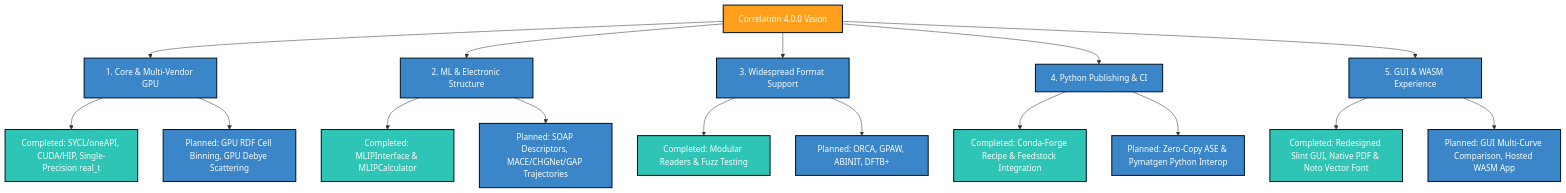
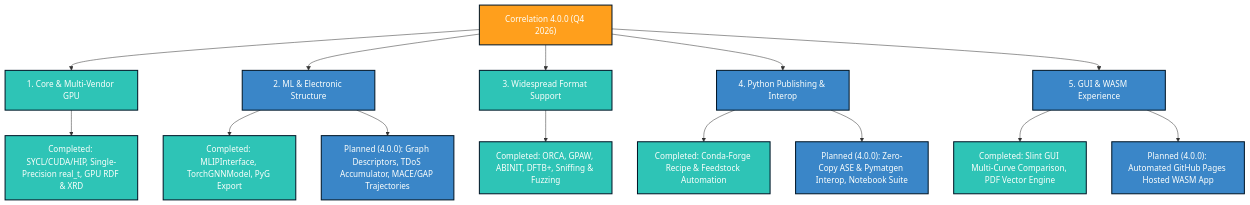
Before and after one commit to Isurwars/Correlation: the diagram in docs/RoadMap.md, drawn with Mermaid. The commit also changed other lines of this file, not shown here.

Commit message:
docs: update project roadmap to v3.9.0, add 4.0.0 Q4 2026 targets, and document completed GPU, ML, and GUI milestones

````diff
--- a/docs/RoadMap.md
+++ b/docs/RoadMap.md
@@ -10,27 +10,25 @@
 ```mermaid
 graph TD
     classDef completed fill:#2ec4b6,stroke:#011627,stroke-width:2px,color:#fdfffc;
     classDef planned fill:#3a86c8,stroke:#011627,stroke-width:2px,color:#fdfffc;
     classDef core fill:#ff9f1c,stroke:#011627,stroke-width:2px,color:#fdfffc;
 
-    A["Correlation 4.0.0 Vision"]:::core --> B["1. Core & Multi-Vendor GPU"]:::planned
+    A["Correlation 4.0.0 (Q4 2026)"]:::core --> B["1. Core & Multi-Vendor GPU"]:::completed
     A --> C["2. ML & Electronic Structure"]:::planned
-    A --> D["3. Widespread Format Support"]:::planned
-    A --> E["4. Python Publishing & CI"]:::planned
+    A --> D["3. Widespread Format Support"]:::completed
+    A --> E["4. Python Publishing & Interop"]:::planned
     A --> F["5. GUI & WASM Experience"]:::planned
 
-    B --> B1["Completed: SYCL/oneAPI, CUDA/HIP, Single-Precision real_t"]:::completed
-    B --> B2["Planned: GPU RDF Cell Binning, GPU Debye Scattering"]:::planned
+    B --> B1["Completed: SYCL/CUDA/HIP, Single-Precision real_t, GPU RDF & XRD"]:::completed
     
-    C --> C1["Completed: MLIPInterface & MLIPCalculator"]:::completed
-    C --> C2["Planned: SOAP Descriptors, MACE/CHGNet/GAP Trajectories"]:::planned
+    C --> C1["Completed: MLIPInterface, TorchGNNModel, PyG Export"]:::completed
+    C --> C2["Planned (4.0.0): Graph Descriptors, TDoS Accumulator, MACE/GAP Trajectories"]:::planned
     
-    D --> D1["Completed: Modular Readers & Fuzz Testing"]:::completed
-    D --> D2["Planned: ORCA, GPAW, ABINIT, DFTB+"]:::planned
+    D --> D1["Completed: ORCA, GPAW, ABINIT, DFTB+, Sniffing & Fuzzing"]:::completed
 
-    E --> E1["Completed: Conda-Forge Recipe & Feedstock Integration"]:::completed
-    E --> E2["Planned: Zero-Copy ASE & Pymatgen Python Interop"]:::planned
+    E --> E1["Completed: Conda-Forge Recipe & Feedstock Automation"]:::completed
+    E --> E2["Planned (4.0.0): Zero-Copy ASE & Pymatgen Interop, Notebook Suite"]:::planned
 
-    F --> F1["Completed: Redesigned Slint GUI, Native PDF & Noto Vector Font"]:::completed
-    F --> F2["Planned: GUI Multi-Curve Comparison, Hosted WASM App"]:::planned
+    F --> F1["Completed: Slint GUI Multi-Curve Comparison, PDF Vector Engine"]:::completed
+    F --> F2["Planned (4.0.0): Automated GitHub Pages Hosted WASM App"]:::planned
 ```
````
